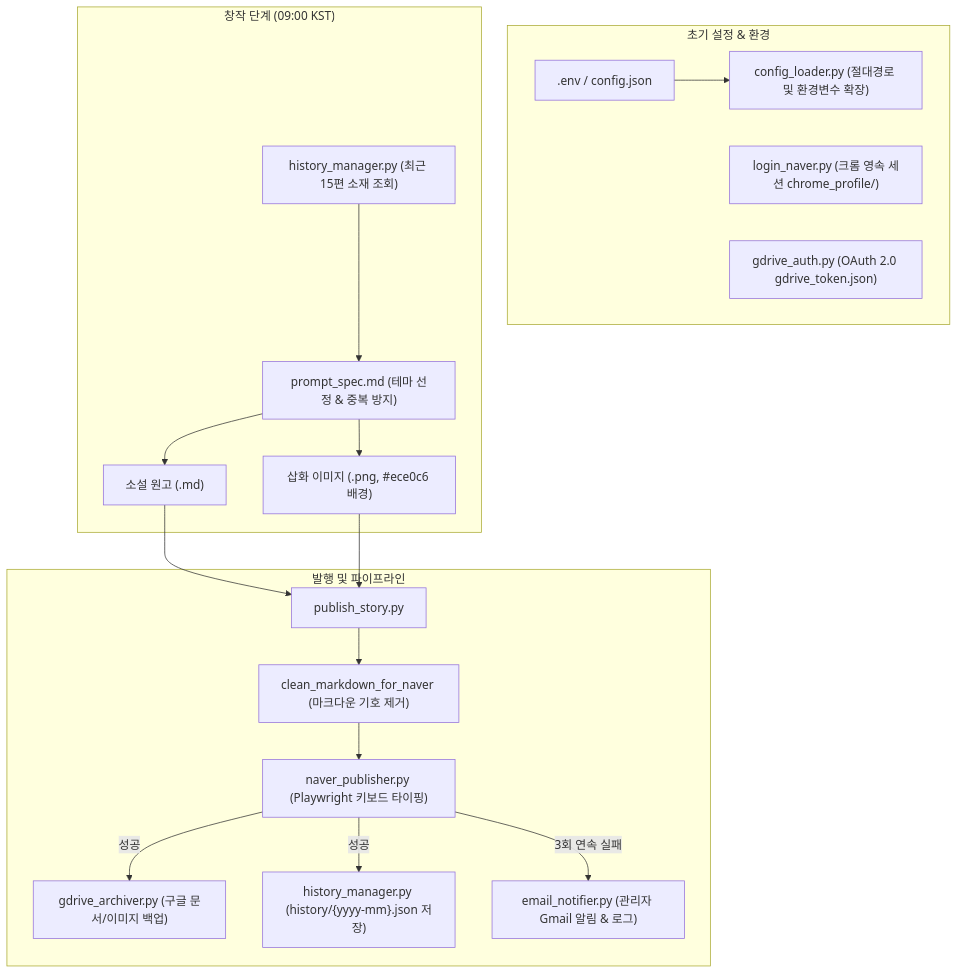
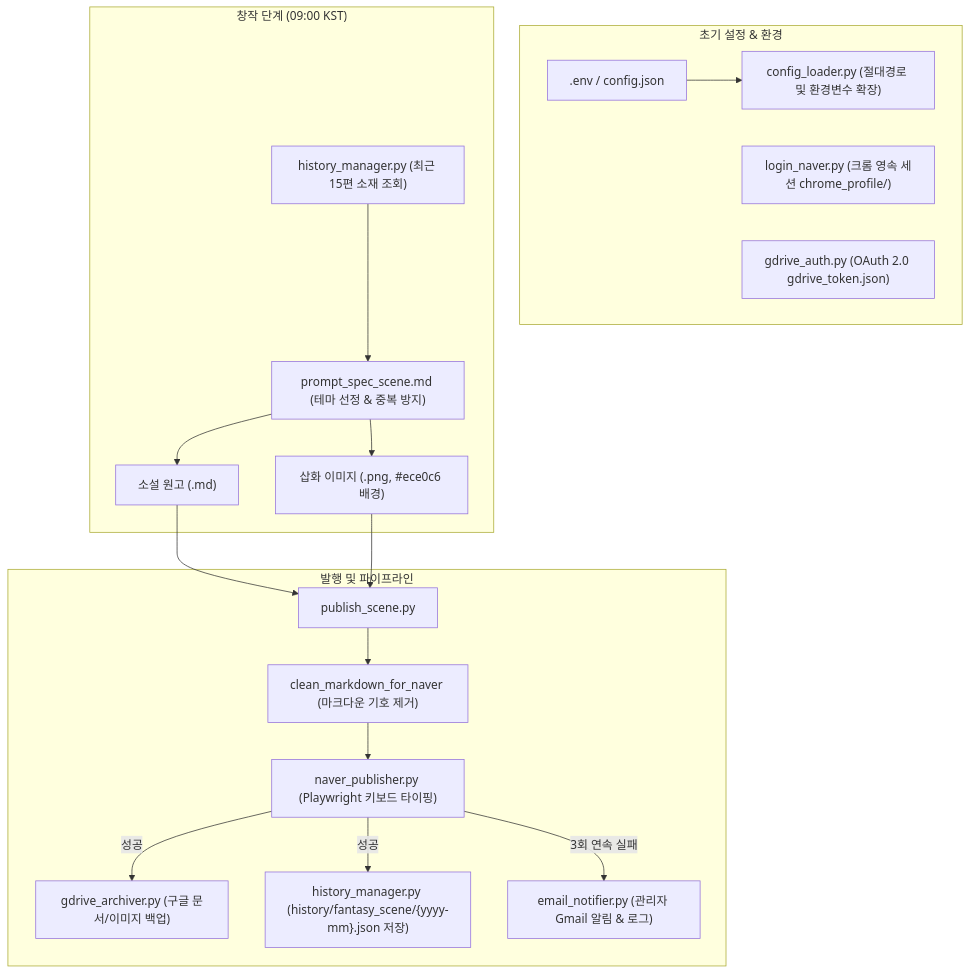
Before and after one commit to orselv99/automation-posting: the diagram in README.md, drawn with Mermaid. The commit also changed other lines of this file and 15 other files, not shown here.

````diff
--- a/README.md
+++ b/README.md
@@ -202,23 +202,23 @@
 ```mermaid
 flowchart TD
     subgraph Setup ["초기 설정 & 환경"]
         ENV[".env / config.json"] --> CL["config_loader.py (절대경로 및 환경변수 확장)"]
         AUTH1["login_naver.py (크롬 영속 세션 chrome_profile/)"]
         AUTH2["gdrive_auth.py (OAuth 2.0 gdrive_token.json)"]
     end
 
     subgraph Creation ["창작 단계 (09:00 KST)"]
-        HIST_READ["history_manager.py (최근 15편 소재 조회)"] --> PROMPT["prompt_spec.md (테마 선정 & 중복 방지)"]
+        HIST_READ["history_manager.py (최근 15편 소재 조회)"] --> PROMPT["prompt_spec_scene.md (테마 선정 & 중복 방지)"]
         PROMPT --> STORY["소설 원고 (.md)"]
         PROMPT --> ILLUST["삽화 이미지 (.png, #ece0c6 배경)"]
     end
 
     subgraph Publishing ["발행 및 파이프라인"]
-        STORY & ILLUST --> PUB["publish_story.py"]
+        STORY & ILLUST --> PUB["publish_scene.py"]
         PUB --> CLEAN["clean_markdown_for_naver (마크다운 기호 제거)"]
         CLEAN --> NP["naver_publisher.py (Playwright 키보드 타이핑)"]
         NP -->|성공| GD["gdrive_archiver.py (구글 문서/이미지 백업)"]
-        NP -->|성공| HM_WRITE["history_manager.py (history/{yyyy-mm}.json 저장)"]
+        NP -->|성공| HM_WRITE["history_manager.py (history/fantasy_scene/{yyyy-mm}.json 저장)"]
         NP -->|3회 연속 실패| MAIL["email_notifier.py (관리자 Gmail 알림 & 로그)"]
     end
 ```
````
